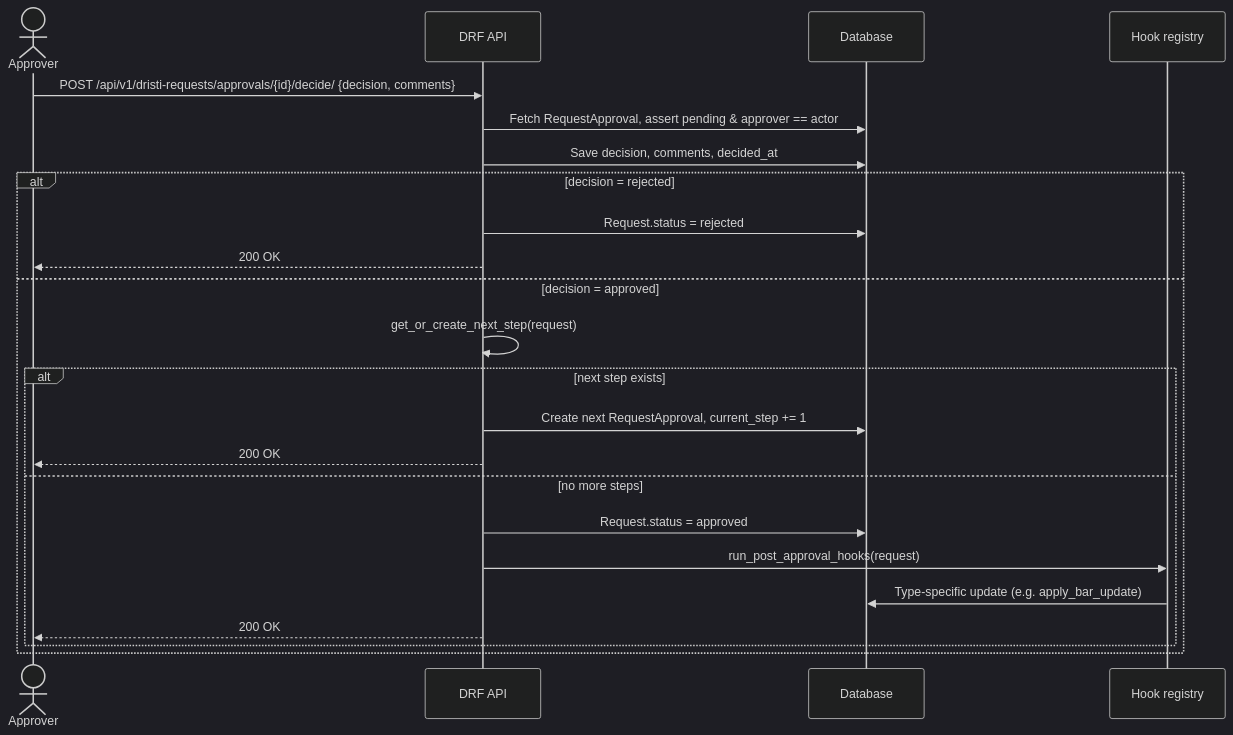
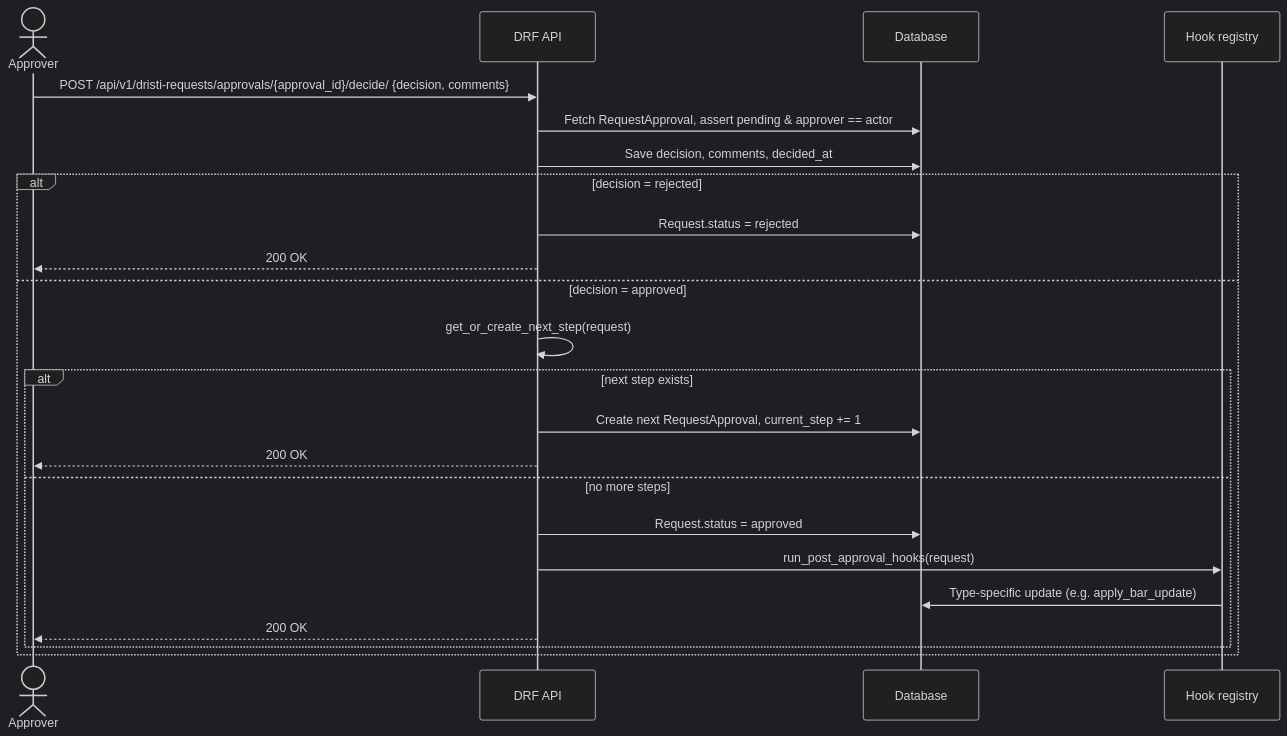
Before and after one commit to pucardotorg/dristi-be: the sixth of 8 diagrams in spec/0010-simple-requests-flow.md, drawn with Mermaid (dark theme). The commit also changed other lines of this file and 4 other files, not shown here.

````diff
--- a/spec/0010-simple-requests-flow.md
+++ b/spec/0010-simple-requests-flow.md
@@ -340,27 +341,27 @@
 ```mermaid
 sequenceDiagram
     actor A as Approver
     participant API as DRF API
     participant DB as Database
     participant H as Hook registry
 
-    A->>API: POST /api/v1/dristi-requests/approvals/{id}/decide/ {decision, comments}
+    A->>API: POST /api/v1/dristi-requests/approvals/{approval_id}/decide/ {decision, comments}
     API->>DB: Fetch RequestApproval, assert pending & approver == actor
     API->>DB: Save decision, comments, decided_at
 
     alt decision = rejected
         API->>DB: Request.status = rejected
         API-->>A: 200 OK
     else decision = approved
         API->>API: get_or_create_next_step(request)
         alt next step exists
             API->>DB: Create next RequestApproval, current_step += 1
             API-->>A: 200 OK
         else no more steps
             API->>DB: Request.status = approved
             API->>H: run_post_approval_hooks(request)
             H->>DB: Type-specific update (e.g. apply_bar_update)
             API-->>A: 200 OK
         end
     end
 ```
````
